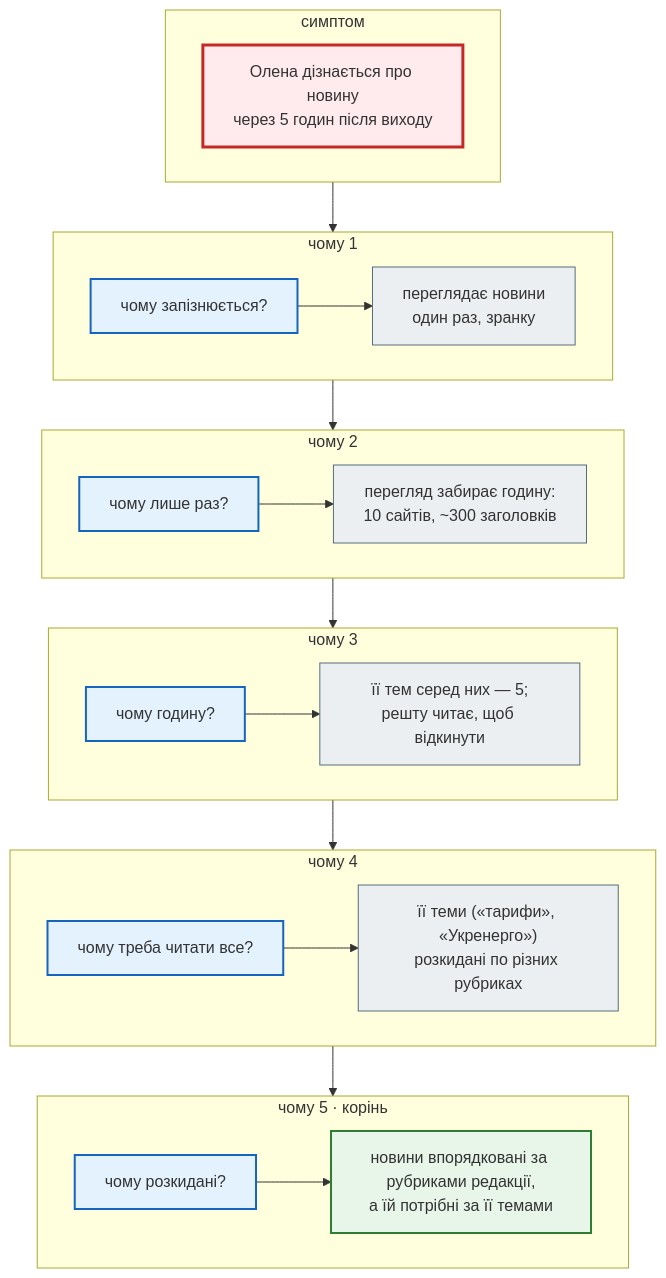
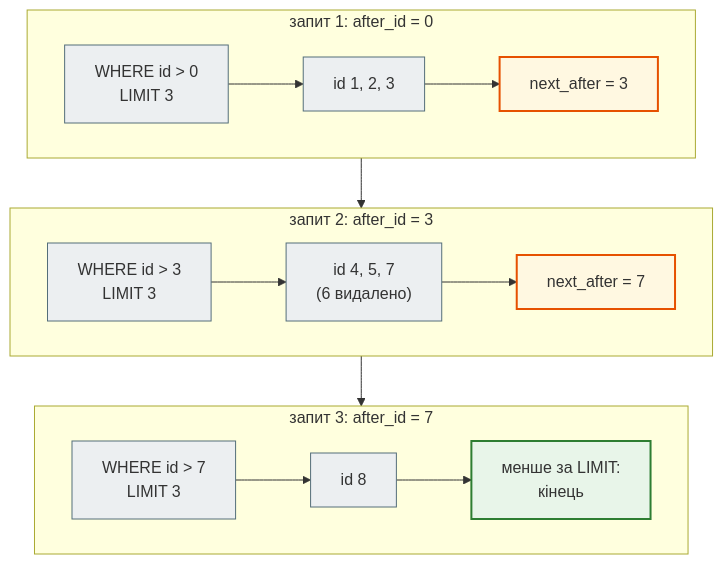
The fifth of 11 diagrams in docs/modules/m6/lesson_52.md (AlinaRadchenko/PY-Course-Victor-Nikoriak-22-09-2026), drawn with Mermaid before and after one commit. The commit also changed other lines of this file and 1846 other files, not shown here.

````diff
--- a/docs/modules/m6/lesson_52.md
+++ b/docs/modules/m6/lesson_52.md
@@ -88,39 +365,27 @@
 ```mermaid
 flowchart TD
     classDef step     fill:#eceff1,stroke:#546e7a,stroke-width:1px;
     classDef decision fill:#e3f2fd,stroke:#1565c0,stroke-width:2px;
     classDef success  fill:#e8f5e9,stroke:#2e7d32,stroke-width:2px;
     classDef error    fill:#ffebee,stroke:#c62828,stroke-width:3px;
     classDef warning  fill:#fff8e1,stroke:#e65100,stroke-width:2px;
 
-    subgraph W0["симптом"]
+    subgraph P1["запит 1: after_id = 0"]
         direction LR
-        S0["Олена дізнається про новину<br>через 5 годин після виходу"]
+        P1a["WHERE id > 0<br>LIMIT 3"] --> P1b["id 1, 2, 3"] --> P1c["next_after = 3"]
     end
-    subgraph W1["чому 1"]
+    subgraph P2["запит 2: after_id = 3"]
         direction LR
-        A1["чому запізнюється?"] --> B1["переглядає новини<br>один раз, зранку"]
+        P2a["WHERE id > 3<br>LIMIT 3"] --> P2b["id 4, 5, 7<br>(6 видалено)"] --> P2c["next_after = 7"]
     end
-    subgraph W2["чому 2"]
+    subgraph P3["запит 3: after_id = 7"]
         direction LR
-        A2["чому лише раз?"] --> B2["перегляд забирає годину:<br>10 сайтів, ~300 заголовків"]
+        P3a["WHERE id > 7<br>LIMIT 3"] --> P3b["id 8"] --> P3c["менше за LIMIT:<br>кінець"]
     end
-    subgraph W3["чому 3"]
-        direction LR
-        A3["чому годину?"] --> B3["її тем серед них — 5;<br>решту читає, щоб відкинути"]
-    end
-    subgraph W4["чому 4"]
-        direction LR
-        A4["чому треба читати все?"] --> B4["її теми («тарифи», «Укренерго»)<br>розкидані по різних рубриках"]
-    end
-    subgraph W5["чому 5 · корінь"]
-        direction LR
-        A5["чому розкидані?"] --> B5["новини впорядковані за рубриками редакції,<br>а їй потрібні за її темами"]
-    end
-    W0 --> W1 --> W2 --> W3 --> W4 --> W5
+    P1 --> P2 --> P3
 
-    class S0 error
-    class A1,A2,A3,A4,A5 decision
-    class B1,B2,B3,B4 step
-    class B5 success
+    class P1a,P2a,P3a step
+    class P1c,P2c warning
+    class P1b,P2b,P3b step
+    class P3c success
 ```
````
